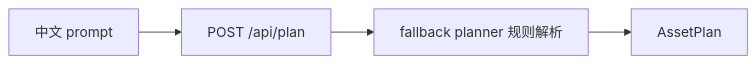
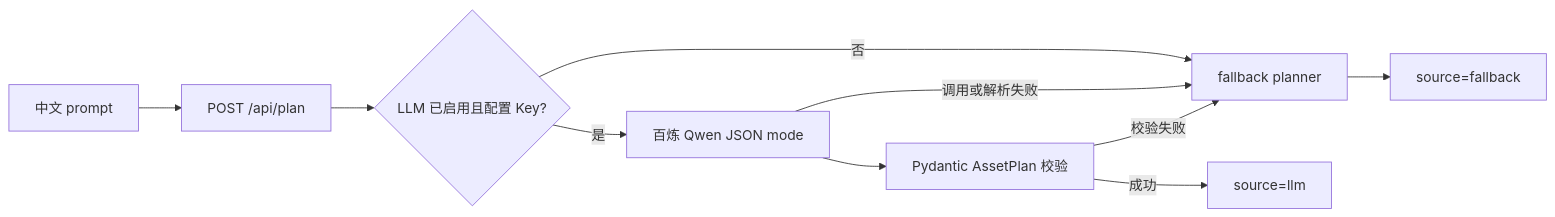
One commit to px-ego/game-asset-forge changed the second of 2 diagrams in docs/ARCHITECTURE.md. Above: the diagram before and after it, drawn with Mermaid. The commit also changed other lines of this file and 11 other files, not shown here.

````diff
--- a/docs/ARCHITECTURE.md
+++ b/docs/ARCHITECTURE.md
@@ -91,6 +93,12 @@
 ```mermaid
 flowchart LR
   P["中文 prompt"] --> R["POST /api/plan"]
-  R --> F["fallback planner 规则解析"]
-  F --> S["AssetPlan"]
+  R --> E{"LLM 已启用且配置 Key?"}
+  E -->|"否"| F["fallback planner"]
+  E -->|"是"| L["百炼 Qwen JSON mode"]
+  L --> V["Pydantic AssetPlan 校验"]
+  V -->|"成功"| S["source=llm"]
+  L -->|"调用或解析失败"| F
+  V -->|"校验失败"| F
+  F --> T["source=fallback"]
 ```
````
